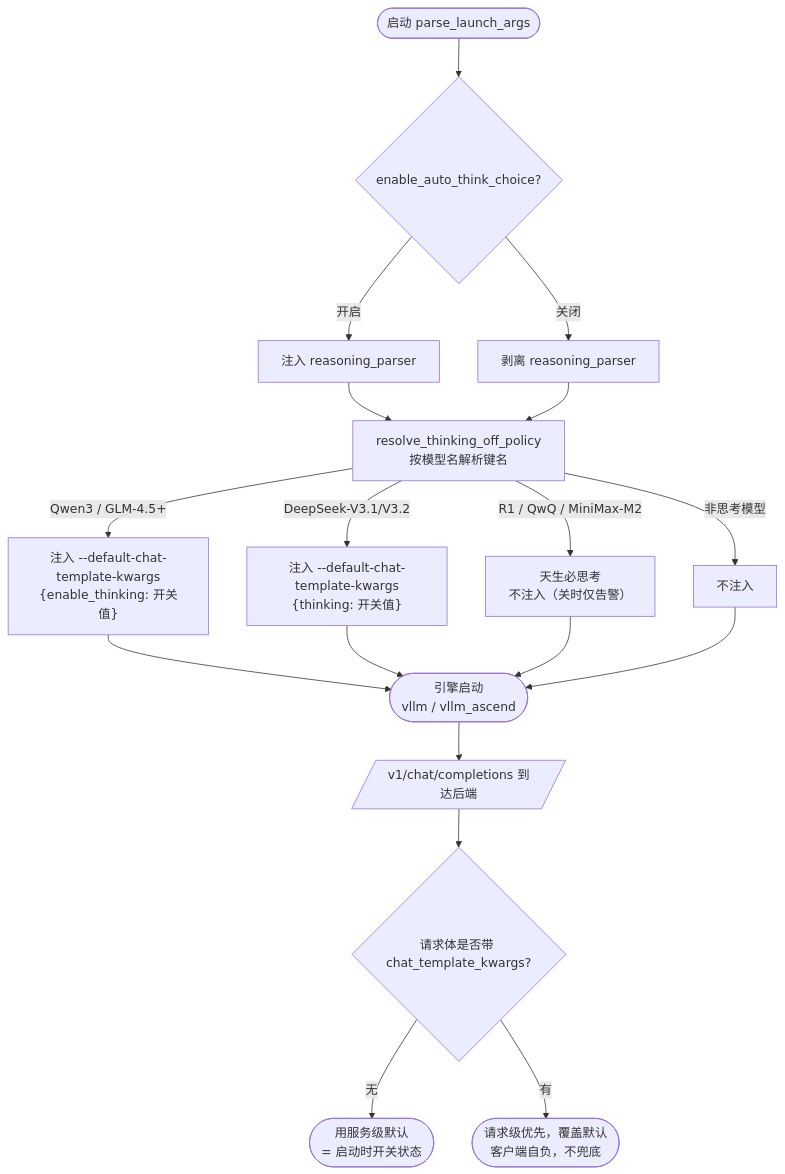
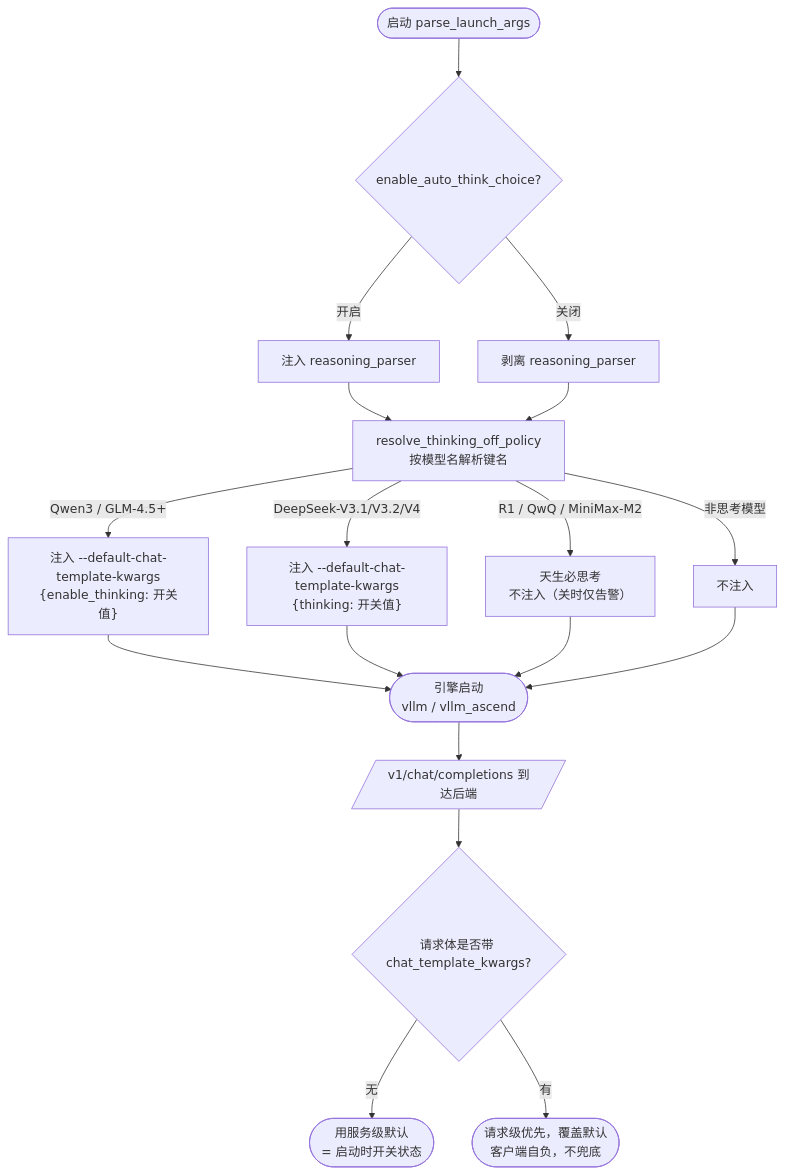
Before and after one commit to thegodloy-jpg/wings-control: the diagram in xuqiu/reasoning_thinking_switch.md, drawn with Mermaid. The commit also changed other lines of this file and 2 other files, not shown here.

First line of the commit message:
feat: thinking-off policy — add DeepSeek-V4 + Kimi-K2.x (hybrid), exclude Qwen3-Coder

````diff
--- a/xuqiu/reasoning_thinking_switch.md
+++ b/xuqiu/reasoning_thinking_switch.md
@@ -26,22 +26,22 @@
 ```mermaid
 flowchart TD
     A([启动 parse_launch_args]) --> B{enable_auto_think_choice?}
     B -->|开启| C[注入 reasoning_parser]
     B -->|关闭| D[剥离 reasoning_parser]
     C --> E
     D --> E[resolve_thinking_off_policy<br/>按模型名解析键名]
     E -->|Qwen3 / GLM-4.5+| F["注入 --default-chat-template-kwargs<br/>{enable_thinking: 开关值}"]
-    E -->|DeepSeek-V3.1/V3.2| G["注入 --default-chat-template-kwargs<br/>{thinking: 开关值}"]
+    E -->|DeepSeek-V3.1/V3.2/V4| G["注入 --default-chat-template-kwargs<br/>{thinking: 开关值}"]
     E -->|R1 / QwQ / MiniMax-M2| H[天生必思考<br/>不注入（关时仅告警）]
     E -->|非思考模型| I[不注入]
 
     F --> P([引擎启动<br/>vllm / vllm_ascend])
     G --> P
     H --> P
     I --> P
 
     P --> Q[/v1/chat/completions 到达后端/]
     Q --> R{请求体是否带 chat_template_kwargs?}
     R -->|无| Y([用服务级默认<br/>= 启动时开关状态])
     R -->|有| Z([请求级优先，覆盖默认<br/>客户端自负，不兜底])
 ```
````
